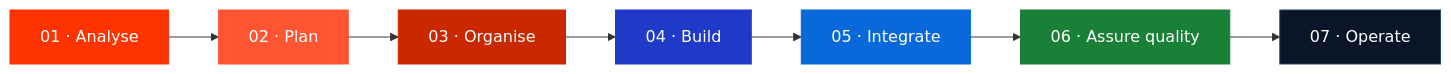
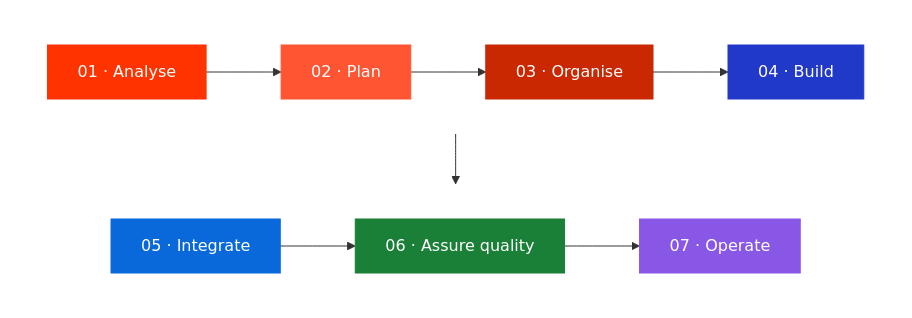
Before and after one commit to DasDigitaleMomentum/.github: the diagram in profile/README.md, drawn with Mermaid.

Commit message:
fix(profile): two-row process diagram, readable on GitHub

````diff
--- a/profile/README.md
+++ b/profile/README.md
@@ -50,18 +50,28 @@
 ```mermaid
-flowchart LR
-  A["01 · Analyse"] --> B["02 · Plan"] --> C["03 · Organise"] --> D["04 · Build"] --> E["05 · Integrate"] --> F["06 · Assure quality"] --> G["07 · Operate"]
+flowchart TB
+  subgraph build[" "]
+    direction LR
+    A["01 · Analyse"] --> B["02 · Plan"] --> C["03 · Organise"] --> D["04 · Build"]
+  end
+  subgraph run[" "]
+    direction LR
+    E["05 · Integrate"] --> F["06 · Assure quality"] --> G["07 · Operate"]
+  end
+  D --> E
+  style build fill:none,stroke:none
+  style run fill:none,stroke:none
   classDef s1 fill:#ff3300,stroke:#ff3300,color:#ffffff
   classDef s2 fill:#ff5533,stroke:#ff5533,color:#ffffff
   classDef s3 fill:#c92800,stroke:#c92800,color:#ffffff
   classDef s4 fill:#2039c9,stroke:#2039c9,color:#ffffff
   classDef s5 fill:#0969da,stroke:#0969da,color:#ffffff
   classDef s6 fill:#1a7f37,stroke:#1a7f37,color:#ffffff
-  classDef s7 fill:#0a1628,stroke:#29415f,color:#ffffff
+  classDef s7 fill:#8957e5,stroke:#8957e5,color:#ffffff
   class A s1
   class B s2
   class C s3
   class D s4
   class E s5
   class F s6
   class G s7
 ```
````
